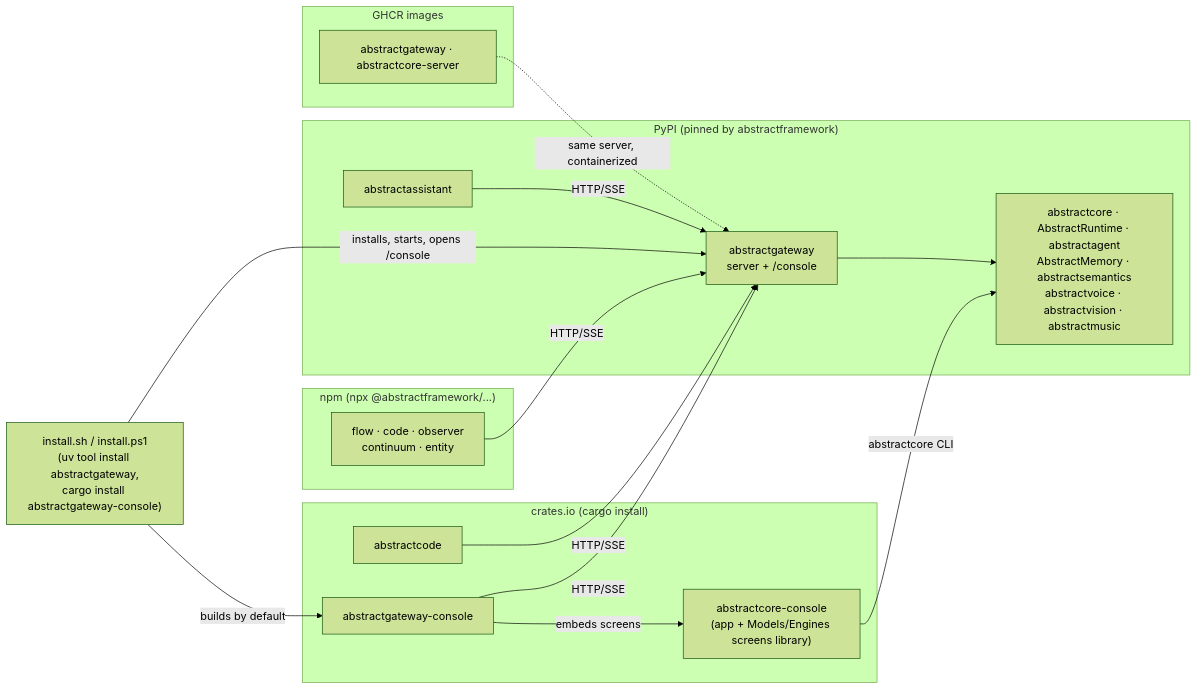
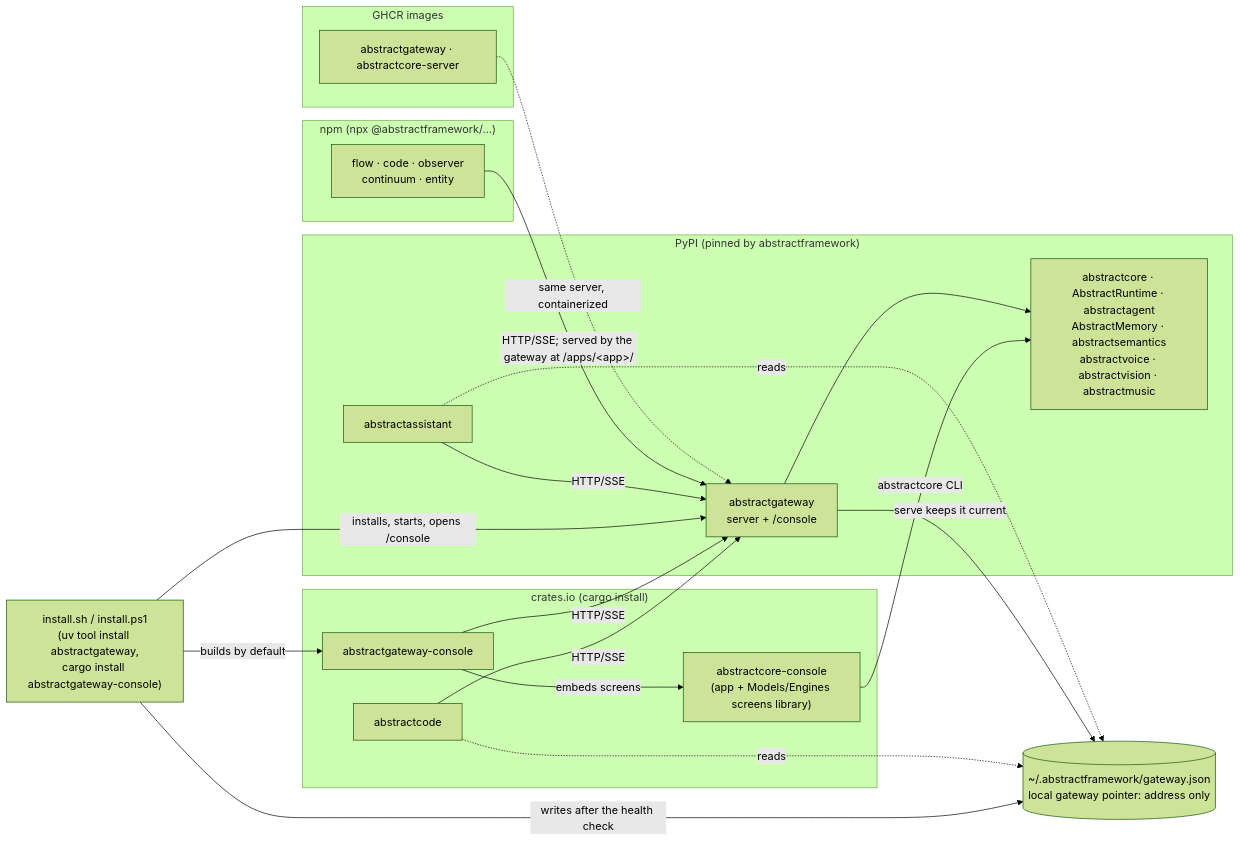
One commit to lpalbou/AbstractFramework changed the second of 7 diagrams in docs/architecture.md. Above: the diagram before and after it, drawn with Mermaid (forest theme). The commit also changed other lines of this file and 20 other files, not shown here.

````diff
--- a/docs/architecture.md
+++ b/docs/architecture.md
@@ -131,30 +138,35 @@
 ```mermaid
 flowchart LR
     subgraph PyPI["PyPI (pinned by abstractframework)"]
         GW["abstractgateway<br/>server + /console"]
         AS["abstractassistant"]
         STACK["abstractcore · AbstractRuntime · abstractagent<br/>AbstractMemory · abstractsemantics<br/>abstractvoice · abstractvision · abstractmusic"]
     end
     subgraph npm["npm (npx @abstractframework/...)"]
         APPS["flow · code · observer<br/>continuum · entity"]
     end
     subgraph crates["crates.io (cargo install)"]
         CLI["abstractcode"]
         CON["abstractgateway-console"]
         CCON["abstractcore-console<br/>(app + Models/Engines screens library)"]
     end
     subgraph GHCR["GHCR images"]
         IMG["abstractgateway · abstractcore-server"]
     end
     BOOT["install.sh / install.ps1<br/>(uv tool install abstractgateway,<br/>cargo install abstractgateway-console)"]
+    PTR[("~/.abstractframework/gateway.json<br/>local gateway pointer: address only")]
     BOOT -->|installs, starts, opens /console| GW
+    BOOT -->|writes after the health check| PTR
+    GW -->|"serve keeps it current"| PTR
+    AS -.->|reads| PTR
+    CLI -.->|reads| PTR
     BOOT -->|builds by default| CON
     AS -->|HTTP/SSE| GW
-    APPS -->|HTTP/SSE| GW
+    APPS -->|"HTTP/SSE; served by the gateway at /apps/&lt;app&gt;/"| GW
     CLI -->|HTTP/SSE| GW
     CON -->|HTTP/SSE| GW
     CON -->|embeds screens| CCON
     CCON -->|abstractcore CLI| STACK
     GW --> STACK
     IMG -.->|same server, containerized| GW
 ```
````
